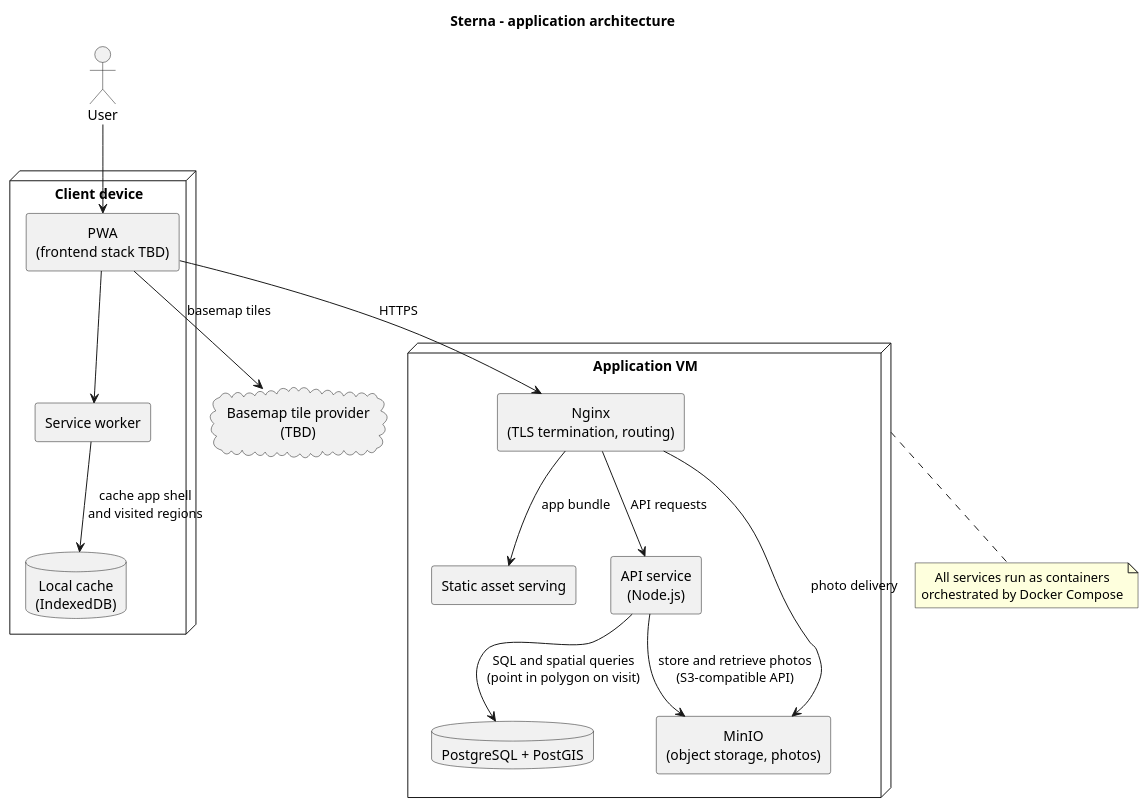
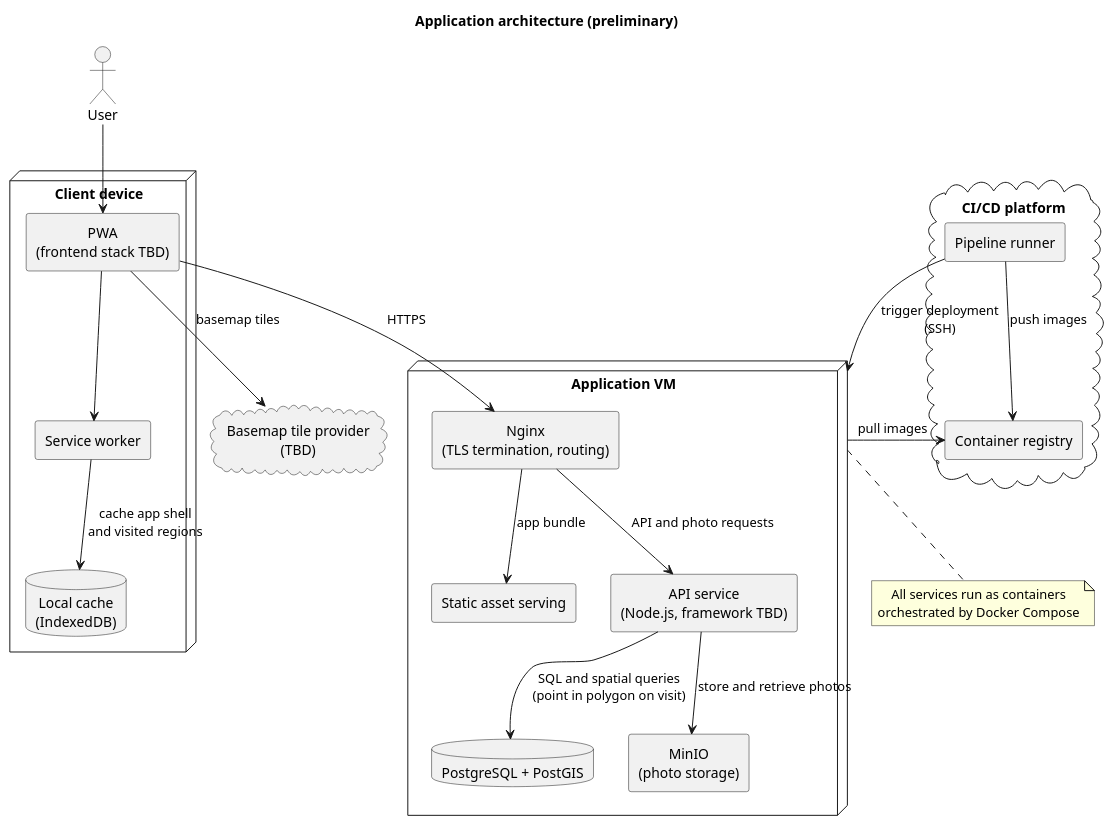
The diagram in docs/architecture.puml (Samurai-05/Sterna), drawn with PlantUML before and after one commit. The commit also changed 3 other files, not shown here.

First line of the commit message:
fix registry arrow direction in architecture diagram

```diff
--- a/docs/architecture.puml
+++ b/docs/architecture.puml
@@ -1,44 +1,52 @@
-@startuml
-title Sterna - application architecture
+@startuml architecture
+title Application architecture (preliminary)
 
 skinparam componentStyle rectangle
 skinparam shadowing false
 skinparam defaultTextAlignment center
 
 actor "User" as user
 
 node "Client device" as client {
   component "PWA\n(frontend stack TBD)" as pwa
   component "Service worker" as sw
   database "Local cache\n(IndexedDB)" as local
 }
 
 cloud "Basemap tile provider\n(TBD)" as tiles
 
 node "Application VM" as vm {
   component "Nginx\n(TLS termination, routing)" as rp
   component "Static asset serving" as static
-  component "API service\n(Node.js)" as api
+  component "API service\n(Node.js, framework TBD)" as api
   database "PostgreSQL + PostGIS" as db
-  component "MinIO\n(object storage, photos)" as storage
+  component "MinIO\n(photo storage)" as storage
 }
 
 note bottom of vm
   All services run as containers
   orchestrated by Docker Compose
 end note
+
+cloud "CI/CD platform" as cicd {
+  component "Pipeline runner" as ci
+  component "Container registry" as registry
+}
 
 user --> pwa
 pwa --> sw
 sw --> local : cache app shell\nand visited regions
 pwa --> tiles : basemap tiles
 pwa --> rp : HTTPS
 
 rp --> static : app bundle
-rp --> api : API requests
-rp --> storage : photo delivery
+rp --> api : API and photo requests
 
 api --> db : SQL and spatial queries\n(point in polygon on visit)
-api --> storage : store and retrieve photos\n(S3-compatible API)
+api --> storage : store and retrieve photos
+
+ci --> registry : push images
+ci --> vm : trigger deployment\n(SSH)
+vm --> registry : pull images
 
 @enduml
```
